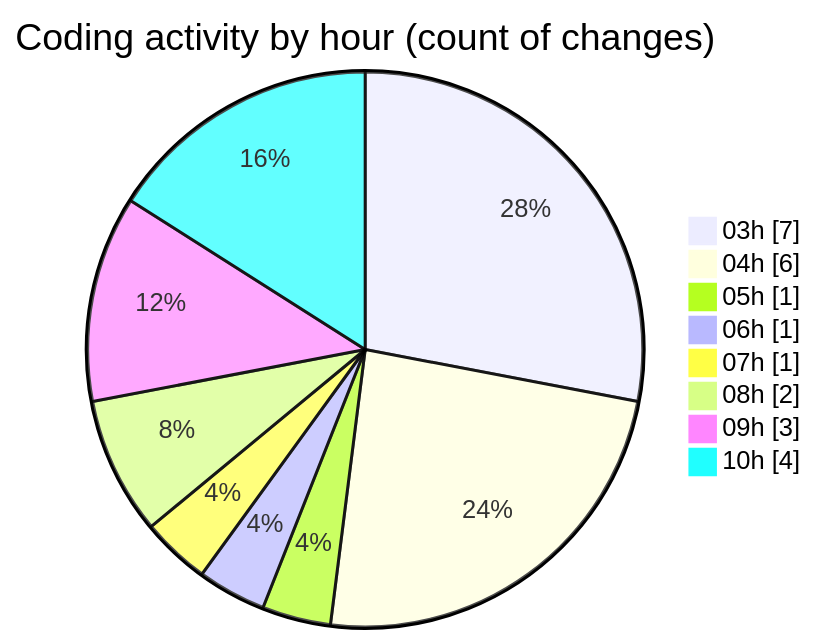
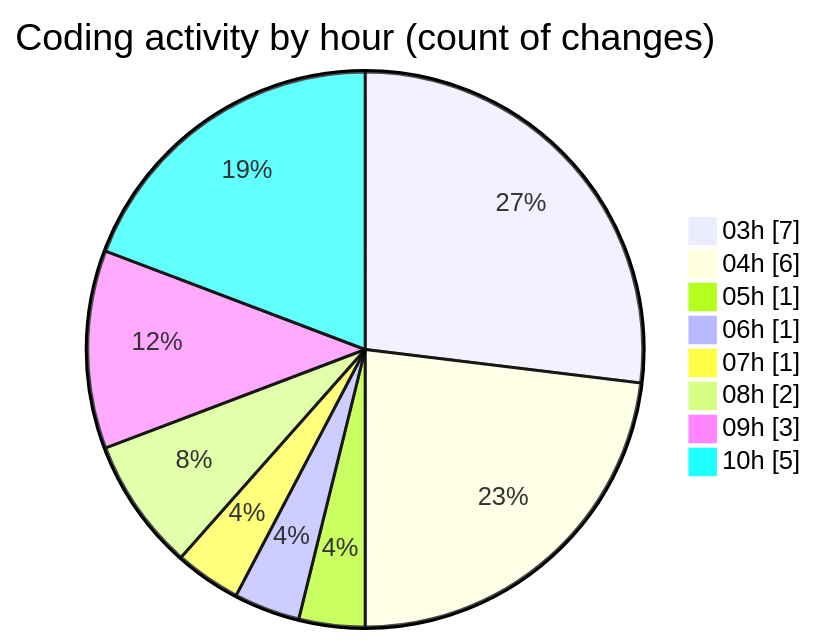
One commit to FelipKnott/code-tracking changed the second of 2 diagrams in 2025-07-02/cursor/README.md. Above: the diagram before and after it, drawn with Mermaid. The commit also changed other lines of this file and 1 other file, not shown here.

````diff
--- a/2025-07-02/cursor/README.md
+++ b/2025-07-02/cursor/README.md
@@ -31,12 +31,12 @@
 ```mermaid
 pie showData
 title Coding activity by hour (count of changes)
 "03h" : 7
 "04h" : 6
 "05h" : 1
 "06h" : 1
 "07h" : 1
 "08h" : 2
 "09h" : 3
-"10h" : 4
+"10h" : 5
 ```
````
